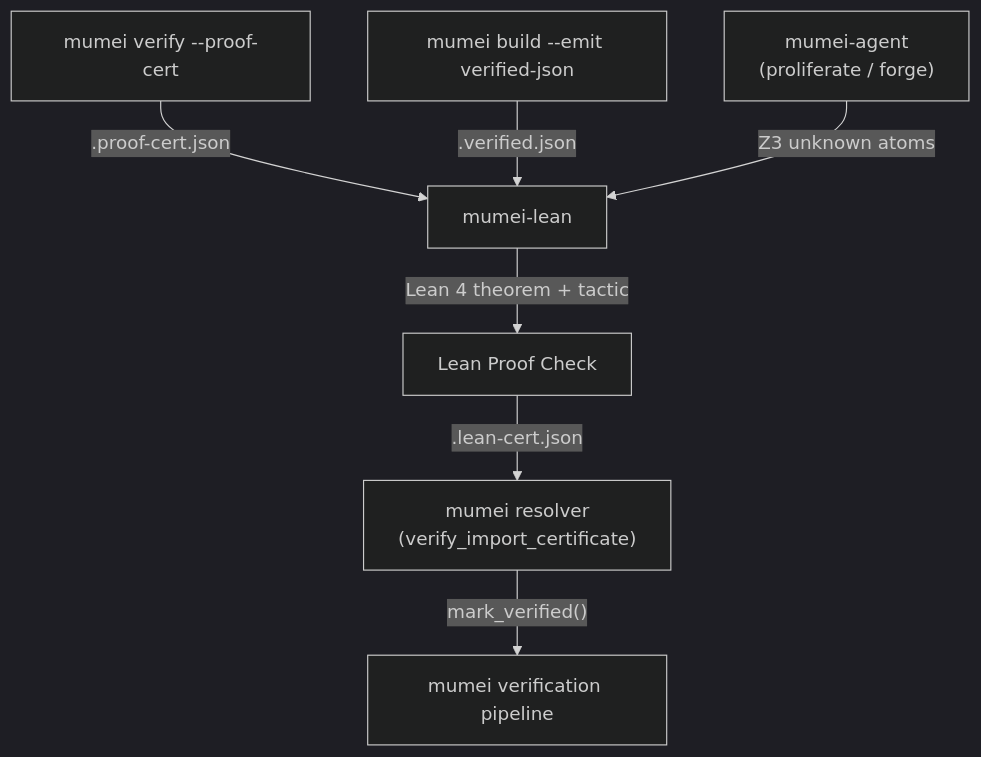
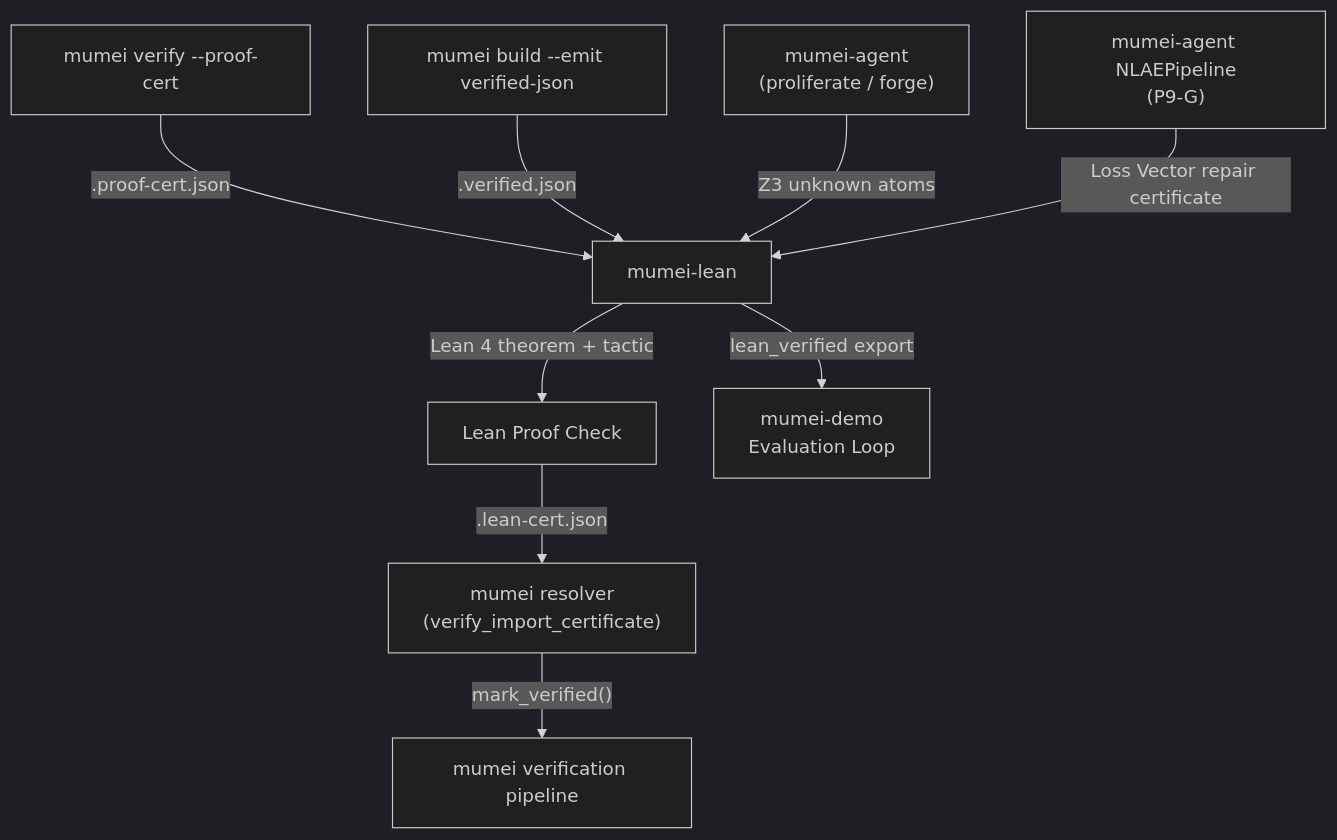
Before and after one commit to mumei-lang/mumei-lean: the first of 2 diagrams in docs/ARCHITECTURE.md, drawn with Mermaid (dark theme). The commit also changed other lines of this file and 1 other file, not shown here.

````diff
--- a/docs/ARCHITECTURE.md
+++ b/docs/ARCHITECTURE.md
@@ -9,9 +9,11 @@
 ```mermaid
 graph TD
     M["mumei verify --proof-cert"] -->|".proof-cert.json"| ML["mumei-lean"]
     M2["mumei build --emit verified-json"] -->|".verified.json"| ML
     ML -->|"Lean 4 theorem + tactic"| LP["Lean Proof Check"]
     LP -->|".lean-cert.json"| MR["mumei resolver\n(verify_import_certificate)"]
     MR -->|"mark_verified()"| MV["mumei verification pipeline"]
     AG["mumei-agent\n(proliferate / forge)"] -->|"Z3 unknown atoms"| ML
+    NLAE["mumei-agent NLAEPipeline\n(P9-G)"] -->|"Loss Vector repair certificate"| ML
+    ML -->|"lean_verified export"| DEMO["mumei-demo\nEvaluation Loop"]
 ```
````
